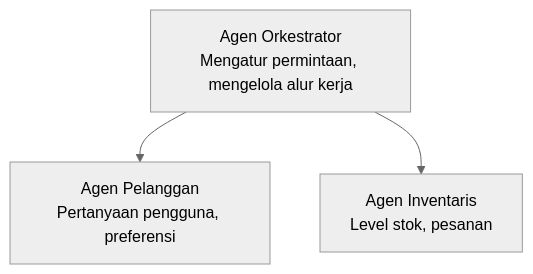
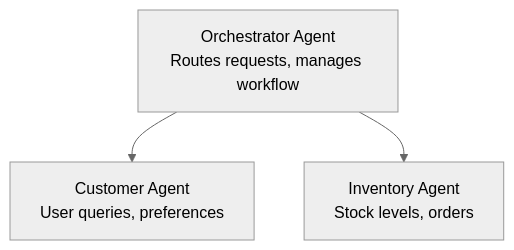
One commit to microsoft/AZD-for-beginners changed the diagram in translations/id/docs/chapter-05-multi-agent/README.md. Above: the diagram before and after it, drawn with Mermaid (neutral theme). The commit also changed other lines of this file and 167 other files, not shown here.

````diff
--- a/translations/id/docs/chapter-05-multi-agent/README.md
+++ b/translations/id/docs/chapter-05-multi-agent/README.md
@@ -54,5 +56,5 @@
 ```mermaid
 graph TD
-    Orchestrator[Agen Orkestrator<br/>Mengatur permintaan, mengelola alur kerja] --> Customer[Agen Pelanggan<br/>Pertanyaan pengguna, preferensi]
-    Orchestrator --> Inventory[Agen Inventaris<br/>Level stok, pesanan]
+    Orchestrator[Orchestrator Agent<br/>Routes requests, manages workflow] --> Customer[Customer Agent<br/>User queries, preferences]
+    Orchestrator --> Inventory[Inventory Agent<br/>Stock levels, orders]
 ```
````
